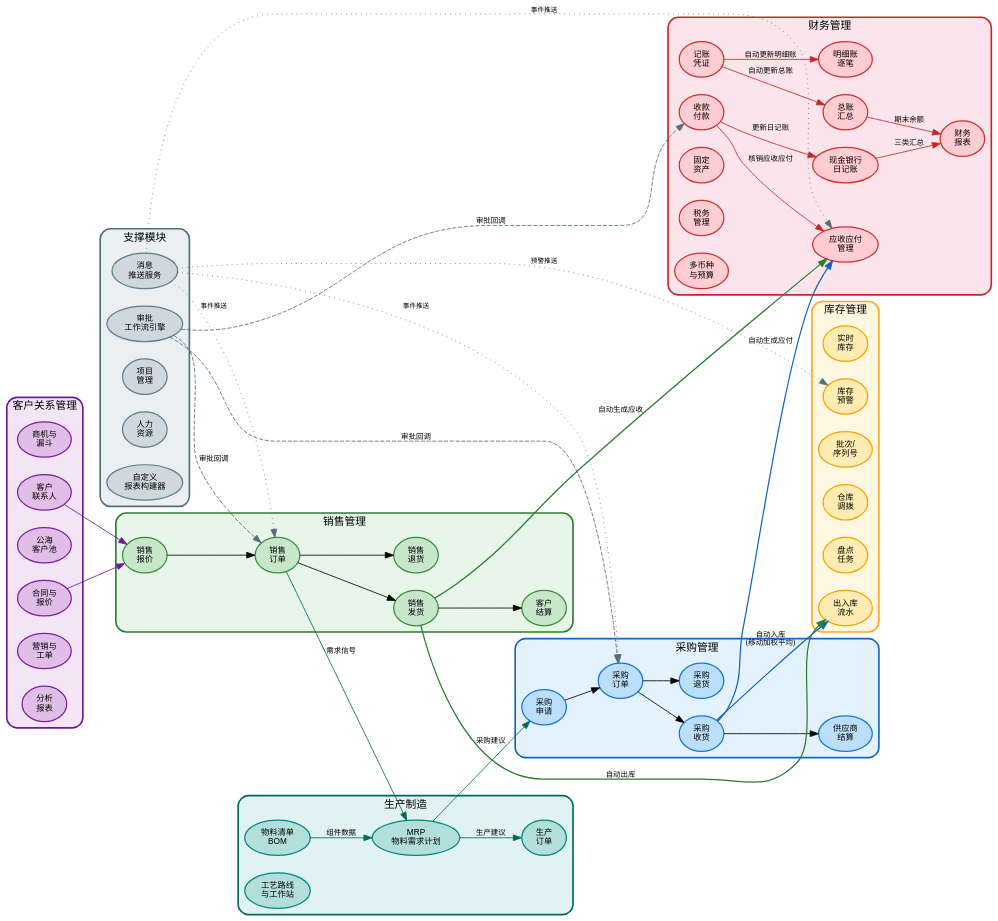
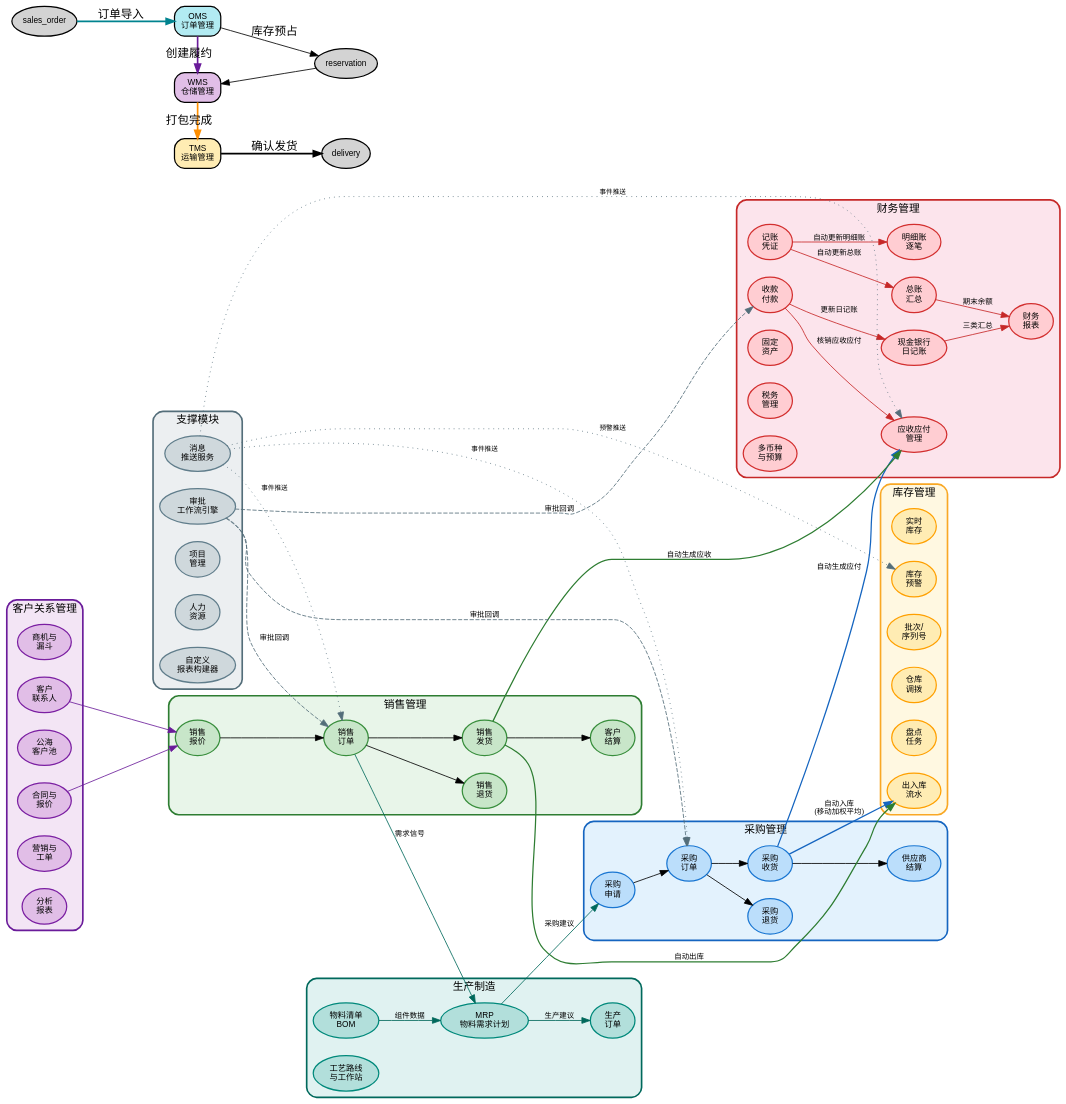
Before and after one commit to erikwang2013/erp-php: the diagram in docs/diagrams/business-flowchart-cn.dot, drawn with Graphviz. The commit also changed 42 other files, not shown here.

```diff
--- a/docs/diagrams/business-flowchart-cn.dot
+++ b/docs/diagrams/business-flowchart-cn.dot
@@ -1,124 +1,135 @@
 digraph BusinessFlowCN {
     rankdir=LR;
     fontname="Arial";
     fontsize=14;
     bgcolor="transparent";
     nodesep=0.3;
     ranksep=0.5;
     compound=true;
 
     node [fontname="Arial", fontsize=10, style="filled,rounded", penwidth=1.5];
 
     subgraph cluster_purchase {
         label="采购管理";
         fontsize=13; fontname="Arial Bold";
         style="filled,rounded"; fillcolor="#e3f2fd"; color="#1565c0"; penwidth=2;
         p1 [label="采购\n申请", fillcolor="#bbdefb", color="#1976d2"];
         p2 [label="采购\n订单", fillcolor="#bbdefb", color="#1976d2"];
         p3 [label="采购\n收货", fillcolor="#bbdefb", color="#1976d2"];
         p4 [label="采购\n退货", fillcolor="#bbdefb", color="#1976d2"];
         p5 [label="供应商\n结算", fillcolor="#bbdefb", color="#1976d2"];
         p1 -> p2 -> p3 -> p5; p2 -> p4;
     }
 
     subgraph cluster_sales {
         label="销售管理";
         fontsize=13; fontname="Arial Bold";
         style="filled,rounded"; fillcolor="#e8f5e9"; color="#2e7d32"; penwidth=2;
         sa1 [label="销售\n报价", fillcolor="#c8e6c9", color="#388e3c"];
         sa2 [label="销售\n订单", fillcolor="#c8e6c9", color="#388e3c"];
         sa3 [label="销售\n发货", fillcolor="#c8e6c9", color="#388e3c"];
         sa4 [label="销售\n退货", fillcolor="#c8e6c9", color="#388e3c"];
         sa5 [label="客户\n结算", fillcolor="#c8e6c9", color="#388e3c"];
         sa1 -> sa2 -> sa3 -> sa5; sa2 -> sa4;
     }
 
     subgraph cluster_inventory {
         label="库存管理";
         fontsize=13; fontname="Arial Bold";
         style="filled,rounded"; fillcolor="#fff8e1"; color="#f9a825"; penwidth=2;
         i1 [label="实时\n库存", fillcolor="#ffecb3", color="#ffa000"];
         i2 [label="出入库\n流水", fillcolor="#ffecb3", color="#ffa000"];
         i3 [label="批次/\n序列号", fillcolor="#ffecb3", color="#ffa000"];
         i4 [label="仓库\n调拨", fillcolor="#ffecb3", color="#ffa000"];
         i5 [label="盘点\n任务", fillcolor="#ffecb3", color="#ffa000"];
         i6 [label="库存\n预警", fillcolor="#ffecb3", color="#ffa000"];
     }
 
     subgraph cluster_finance {
         label="财务管理";
         fontsize=13; fontname="Arial Bold";
         style="filled,rounded"; fillcolor="#fce4ec"; color="#c62828"; penwidth=2;
         f1 [label="应收应付\n管理", fillcolor="#ffcdd2", color="#d32f2f"];
         f2 [label="记账\n凭证", fillcolor="#ffcdd2", color="#d32f2f"];
         f3 [label="收款\n付款", fillcolor="#ffcdd2", color="#d32f2f"];
         f4 [label="现金银行\n日记账", fillcolor="#ffcdd2", color="#d32f2f"];
         f5 [label="总账\n汇总", fillcolor="#ffcdd2", color="#d32f2f"];
         f6 [label="明细账\n逐笔", fillcolor="#ffcdd2", color="#d32f2f"];
         f7 [label="财务\n报表", fillcolor="#ffcdd2", color="#d32f2f"];
         f8 [label="固定\n资产", fillcolor="#ffcdd2", color="#d32f2f"];
         f9 [label="税务\n管理", fillcolor="#ffcdd2", color="#d32f2f"];
         fa [label="多币种\n与预算", fillcolor="#ffcdd2", color="#d32f2f"];
     }
 
     subgraph cluster_crm {
         label="客户关系管理";
         fontsize=13; fontname="Arial Bold";
         style="filled,rounded"; fillcolor="#f3e5f5"; color="#6a1b9a"; penwidth=2;
         crm1 [label="商机与\n漏斗", fillcolor="#e1bee7", color="#7b1fa2"];
         crm2 [label="客户\n联系人", fillcolor="#e1bee7", color="#7b1fa2"];
         crm3 [label="公海\n客户池", fillcolor="#e1bee7", color="#7b1fa2"];
         crm4 [label="合同与\n报价", fillcolor="#e1bee7", color="#7b1fa2"];
         crm5 [label="营销与\n工单", fillcolor="#e1bee7", color="#7b1fa2"];
         crm6 [label="分析\n报表", fillcolor="#e1bee7", color="#7b1fa2"];
     }
 
     subgraph cluster_mfg {
         label="生产制造";
         fontsize=13; fontname="Arial Bold";
         style="filled,rounded"; fillcolor="#e0f2f1"; color="#00695c"; penwidth=2;
         mf1 [label="物料清单\nBOM", fillcolor="#b2dfdb", color="#00897b"];
         mf2 [label="生产\n订单", fillcolor="#b2dfdb", color="#00897b"];
         mf3 [label="工艺路线\n与工作站", fillcolor="#b2dfdb", color="#00897b"];
         mf4 [label="MRP\n物料需求计划", fillcolor="#b2dfdb", color="#00897b"];
     }
 
     subgraph cluster_support {
         label="支撑模块";
         fontsize=13; fontname="Arial Bold";
         style="filled,rounded"; fillcolor="#eceff1"; color="#546e7a"; penwidth=2;
         sp1 [label="审批\n工作流引擎", fillcolor="#cfd8dc", color="#607d8b"];
         sp2 [label="消息\n推送服务", fillcolor="#cfd8dc", color="#607d8b"];
         sp3 [label="项目\n管理", fillcolor="#cfd8dc", color="#607d8b"];
         sp4 [label="人力\n资源", fillcolor="#cfd8dc", color="#607d8b"];
         sp5 [label="自定义\n报表构建器", fillcolor="#cfd8dc", color="#607d8b"];
     }
 
     p3 -> i2 [label=" 自动入库\n(移动加权平均)", color="#1565c0", fontsize=9, penwidth=1.5];
     p3 -> f1 [label=" 自动生成应付", color="#1565c0", fontsize=9, penwidth=1.5];
     sa3 -> i2 [label=" 自动出库", color="#2e7d32", fontsize=9, penwidth=1.5];
     sa3 -> f1 [label=" 自动生成应收", color="#2e7d32", fontsize=9, penwidth=1.5];
     f3 -> f1 [label=" 核销应收应付", color="#c62828", fontsize=9];
     f3 -> f4 [label=" 更新日记账", color="#c62828", fontsize=9];
     f2 -> f5 [label=" 自动更新总账", color="#c62828", fontsize=9];
     f2 -> f6 [label=" 自动更新明细账", color="#c62828", fontsize=9];
     f5 -> f7 [label=" 期末余额", color="#c62828", fontsize=9];
     f4 -> f7 [label=" 三类汇总", color="#c62828", fontsize=9];
 
     sa2 -> mf4 [label=" 需求信号", color="#00695c", fontsize=9];
     mf1 -> mf4 [label=" 组件数据", color="#00695c", fontsize=9];
     mf4 -> p1 [label=" 采购建议", color="#00695c", fontsize=9];
     mf4 -> mf2 [label=" 生产建议", color="#00695c", fontsize=9];
 
     crm2 -> sa1 [color="#6a1b9a", fontsize=9];
     crm4 -> sa1 [color="#6a1b9a", fontsize=9];
 
     sp1 -> p2 [label=" 审批回调", style="dashed", color="#546e7a", fontsize=9];
     sp1 -> sa2 [label=" 审批回调", style="dashed", color="#546e7a", fontsize=9];
     sp1 -> f3 [label=" 审批回调", style="dashed", color="#546e7a", fontsize=9];
 
     sp2 -> p2 [label=" 事件推送", style="dotted", color="#546e7a", fontsize=8];
     sp2 -> sa2 [label=" 事件推送", style="dotted", color="#546e7a", fontsize=8];
     sp2 -> i6 [label=" 预警推送", style="dotted", color="#546e7a", fontsize=8];
     sp2 -> f1 [label=" 事件推送", style="dotted", color="#546e7a", fontsize=8];
+    // OMS/WMS/TMS data flow
+    oms [label="OMS\n订单管理", shape="box", style="filled,rounded", fillcolor="#b2ebf2"];
+    wms [label="WMS\n仓储管理", shape="box", style="filled,rounded", fillcolor="#e1bee7"];
+    tms [label="TMS\n运输管理", shape="box", style="filled,rounded", fillcolor="#ffecb3"];
+    sales_order -> oms [label="订单导入", style="bold", color="#00838f"];
+    oms -> wms [label="创建履约", style="bold", color="#6a1b9a"];
+    wms -> tms [label="打包完成", style="bold", color="#ff8f00"];
+    tms -> delivery [label="确认发货", style="bold"];
+    oms -> reservation [label="库存预占"];
+    reservation -> wms;
+    {rank=same; oms; wms; tms;}
 }
```
